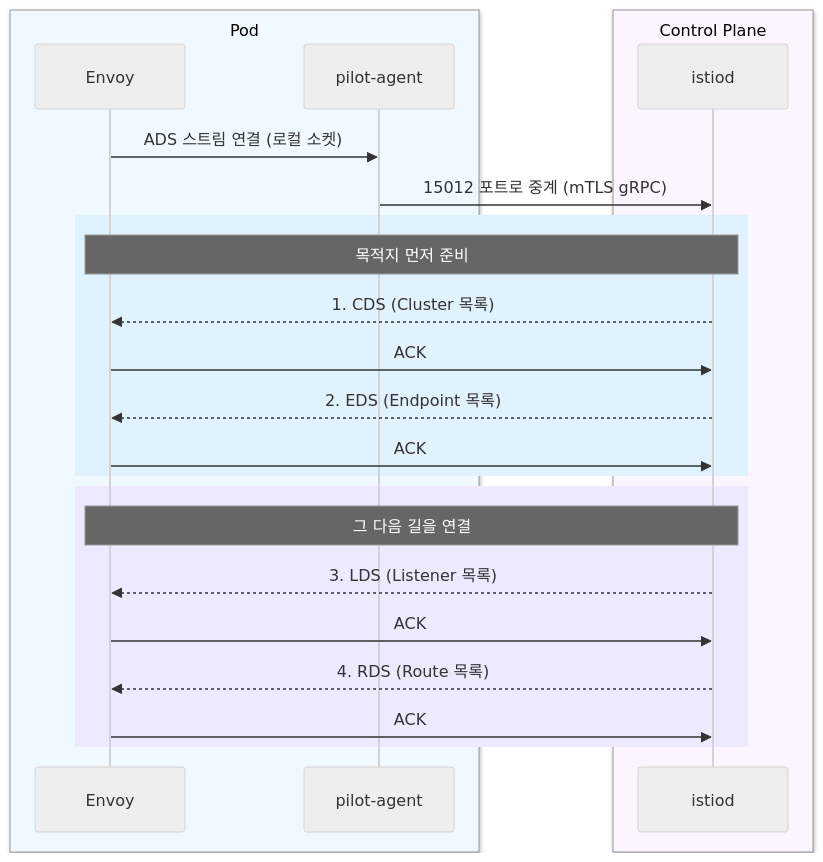
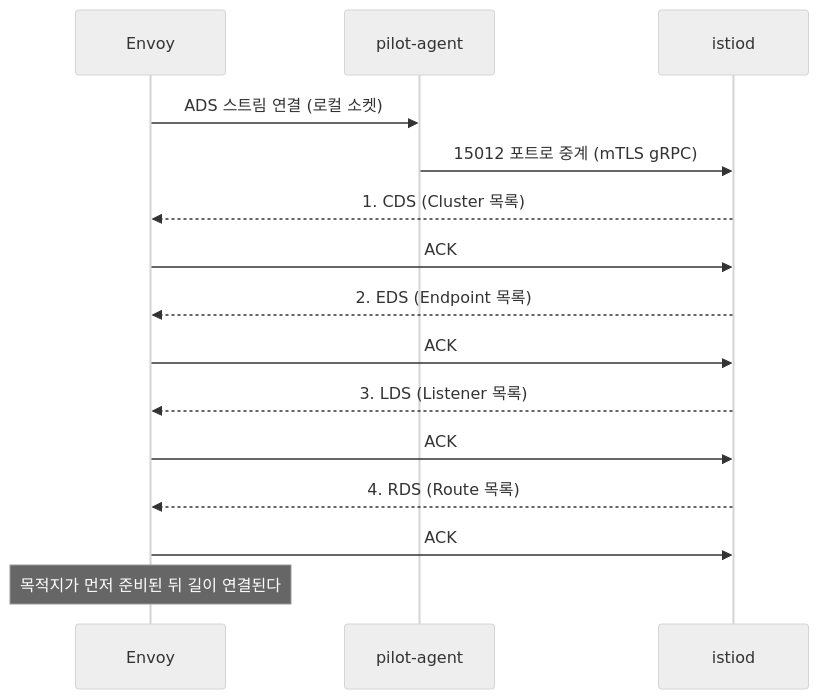
Before and after one commit to ChanghwanK/ChanghwanK.github.io: the fourth of 6 diagrams in content/posts/2026-09-26-istio-envoy-xds/index.md, drawn with Mermaid (neutral theme). The commit also changed other lines of this file, not shown here.

First line of the commit message:
content(blog): tone diagrams down to a single blue accent

````diff
--- a/content/posts/2026-09-26-istio-envoy-xds/index.md
+++ b/content/posts/2026-09-26-istio-envoy-xds/index.md
@@ -184,26 +157,17 @@
 ```mermaid
 sequenceDiagram
-  box rgb(240, 249, 255) Pod
-    participant E as Envoy
-    participant A as pilot-agent
-  end
-  box rgb(250, 245, 255) Control Plane
-    participant I as istiod
-  end
+  participant E as Envoy
+  participant A as pilot-agent
+  participant I as istiod
   E->>A: ADS 스트림 연결 (로컬 소켓)
   A->>I: 15012 포트로 중계 (mTLS gRPC)
-  rect rgb(224, 242, 254)
-    Note over E,I: 목적지 먼저 준비
-    I-->>E: 1. CDS (Cluster 목록)
-    E->>I: ACK
-    I-->>E: 2. EDS (Endpoint 목록)
-    E->>I: ACK
-  end
-  rect rgb(237, 233, 254)
-    Note over E,I: 그 다음 길을 연결
-    I-->>E: 3. LDS (Listener 목록)
-    E->>I: ACK
-    I-->>E: 4. RDS (Route 목록)
-    E->>I: ACK
-  end
+  I-->>E: 1. CDS (Cluster 목록)
+  E->>I: ACK
+  I-->>E: 2. EDS (Endpoint 목록)
+  E->>I: ACK
+  I-->>E: 3. LDS (Listener 목록)
+  E->>I: ACK
+  I-->>E: 4. RDS (Route 목록)
+  E->>I: ACK
+  Note over E: 목적지가 먼저 준비된 뒤 길이 연결된다
 ```
````
